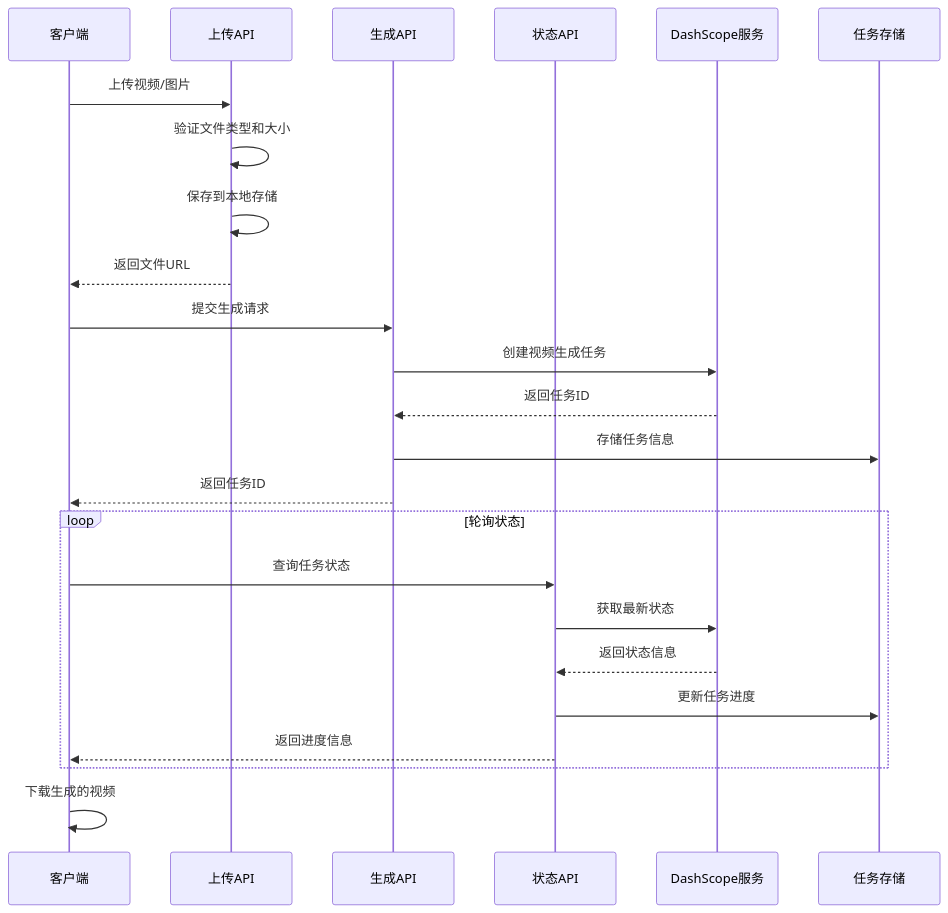
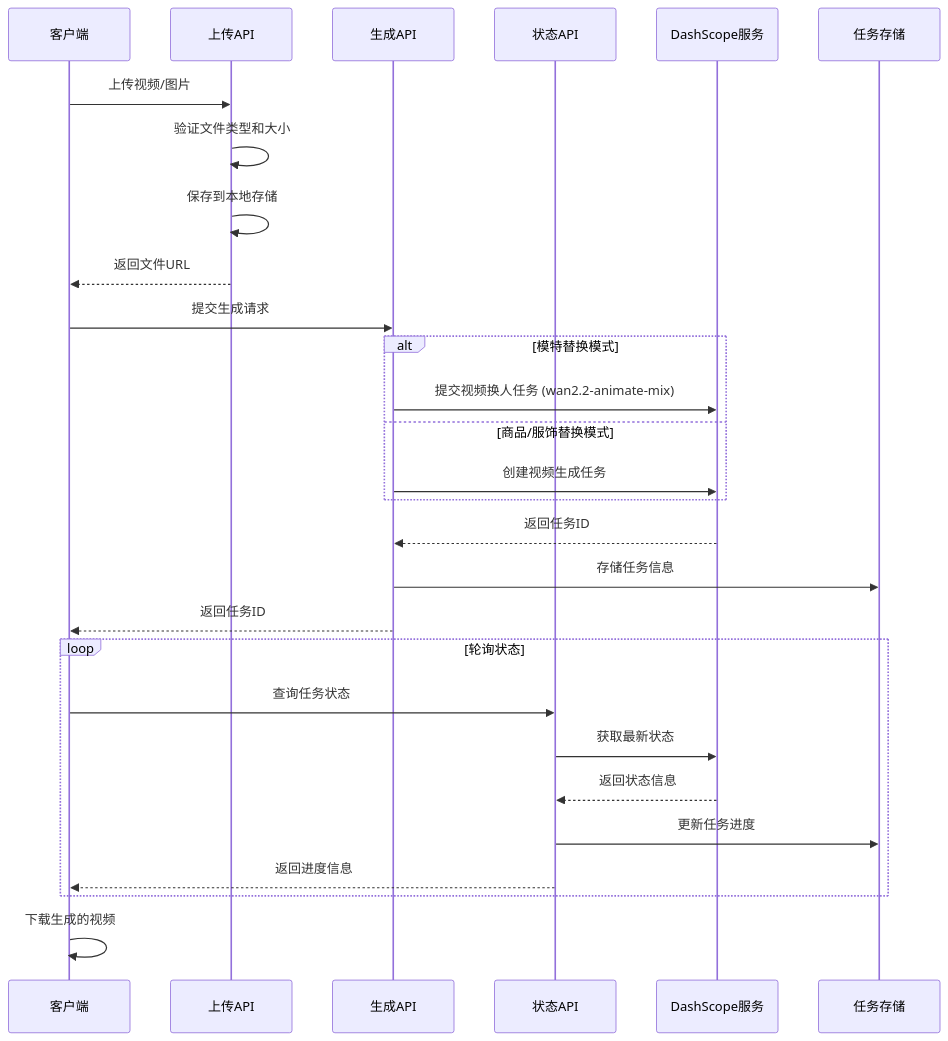
Before and after one commit to zuozuoliu740-cmd/xianxiong-news: the fourth of 9 diagrams in .qoder/repowiki/zh/content/Video Generation Pipeline.md, drawn with Mermaid. The commit also changed other lines of this file and 4 other files, not shown here.

````diff
--- a/.qoder/repowiki/zh/content/Video Generation Pipeline.md
+++ b/.qoder/repowiki/zh/content/Video Generation Pipeline.md
@@ -161,26 +185,30 @@
 ```mermaid
 sequenceDiagram
 participant Client as 客户端
 participant UploadAPI as 上传API
 participant GenerateAPI as 生成API
 participant StatusAPI as 状态API
 participant DashScope as DashScope服务
 participant TaskStore as 任务存储
 Client->>UploadAPI : 上传视频/图片
 UploadAPI->>UploadAPI : 验证文件类型和大小
 UploadAPI->>UploadAPI : 保存到本地存储
 UploadAPI-->>Client : 返回文件URL
 Client->>GenerateAPI : 提交生成请求
+alt 模特替换模式
+GenerateAPI->>DashScope : 提交视频换人任务 (wan2.2-animate-mix)
+else 商品/服饰替换模式
 GenerateAPI->>DashScope : 创建视频生成任务
+end
 DashScope-->>GenerateAPI : 返回任务ID
 GenerateAPI->>TaskStore : 存储任务信息
 GenerateAPI-->>Client : 返回任务ID
 loop 轮询状态
 Client->>StatusAPI : 查询任务状态
 StatusAPI->>DashScope : 获取最新状态
 DashScope-->>StatusAPI : 返回状态信息
 StatusAPI->>TaskStore : 更新任务进度
 StatusAPI-->>Client : 返回进度信息
 end
 Client->>Client : 下载生成的视频
 ```
````
